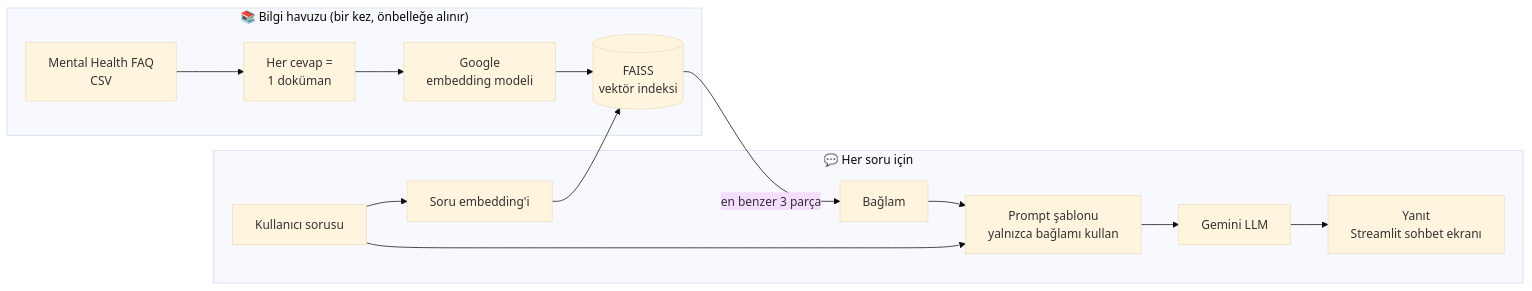
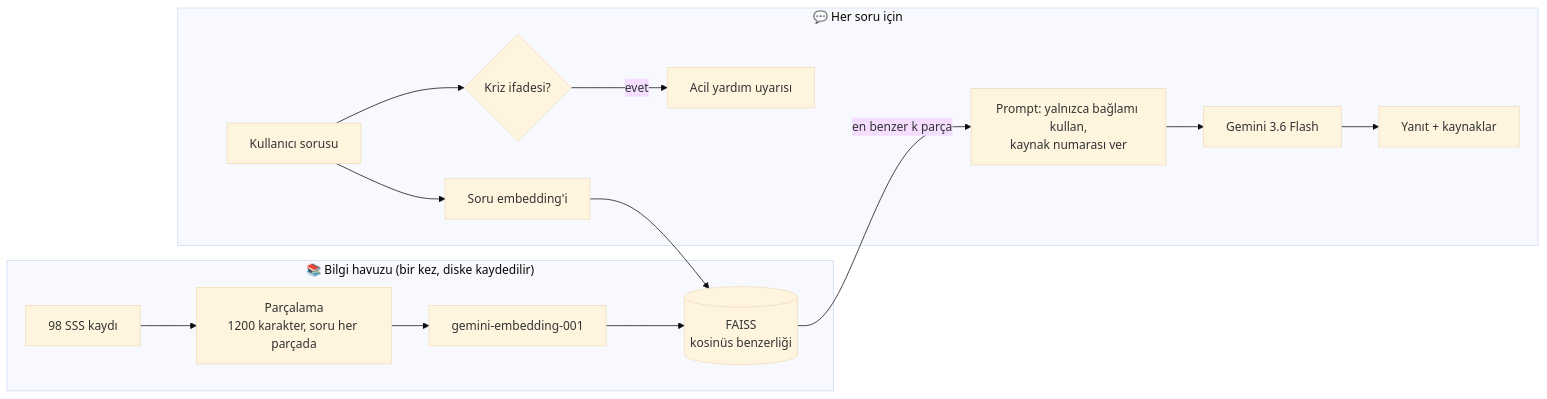
One commit to Memreu/Mental-Health-FAQ changed the diagram in README.md. Above: the diagram before and after it, drawn with Mermaid (base theme). The commit also changed other lines of this file and 16 other files, not shown here.

First line of the commit message:
RAG asistanını çalışır hale getir: güncel Gemini modelleri, kaynak gösterimi, kriz uyarısı, yerel mod, testler ve CI

````diff
--- a/README.md
+++ b/README.md
@@ -33,17 +50,17 @@
 ```mermaid
 flowchart LR
-    subgraph prep["📚 Bilgi havuzu (bir kez, önbelleğe alınır)"]
-        A[Mental Health FAQ<br/>CSV] --> B[Her cevap =<br/>1 doküman]
-        B --> C[Google<br/>embedding modeli]
-        C --> D[(FAISS<br/>vektör indeksi)]
+    subgraph prep["📚 Bilgi havuzu (bir kez, diske kaydedilir)"]
+        A[98 SSS kaydı] --> B[Parçalama<br/>1200 karakter, soru her parçada]
+        B --> C[gemini-embedding-001]
+        C --> D[(FAISS<br/>kosinüs benzerliği)]
     end
     subgraph query["💬 Her soru için"]
-        Q[Kullanıcı sorusu] --> E[Soru embedding'i]
+        Q[Kullanıcı sorusu] --> K{Kriz ifadesi?}
+        K -->|evet| W[Acil yardım uyarısı]
+        Q --> E[Soru embedding'i]
         E --> D
-        D -->|en benzer 3 parça| F[Bağlam]
-        F --> P[Prompt şablonu<br/>yalnızca bağlamı kullan]
-        Q --> P
-        P --> G[Gemini LLM]
-        G --> H[Yanıt<br/>Streamlit sohbet ekranı]
+        D -->|en benzer k parça| P[Prompt: yalnızca bağlamı kullan,<br/>kaynak numarası ver]
+        P --> G[Gemini 3.6 Flash]
+        G --> H[Yanıt + kaynaklar]
     end
 ```
````
